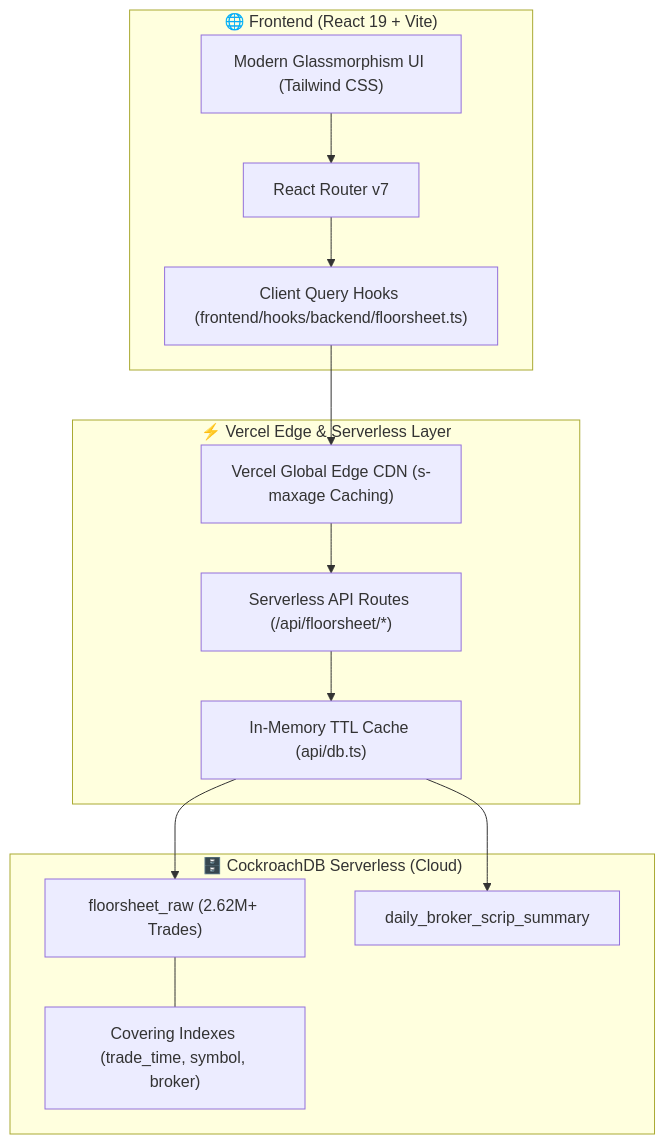
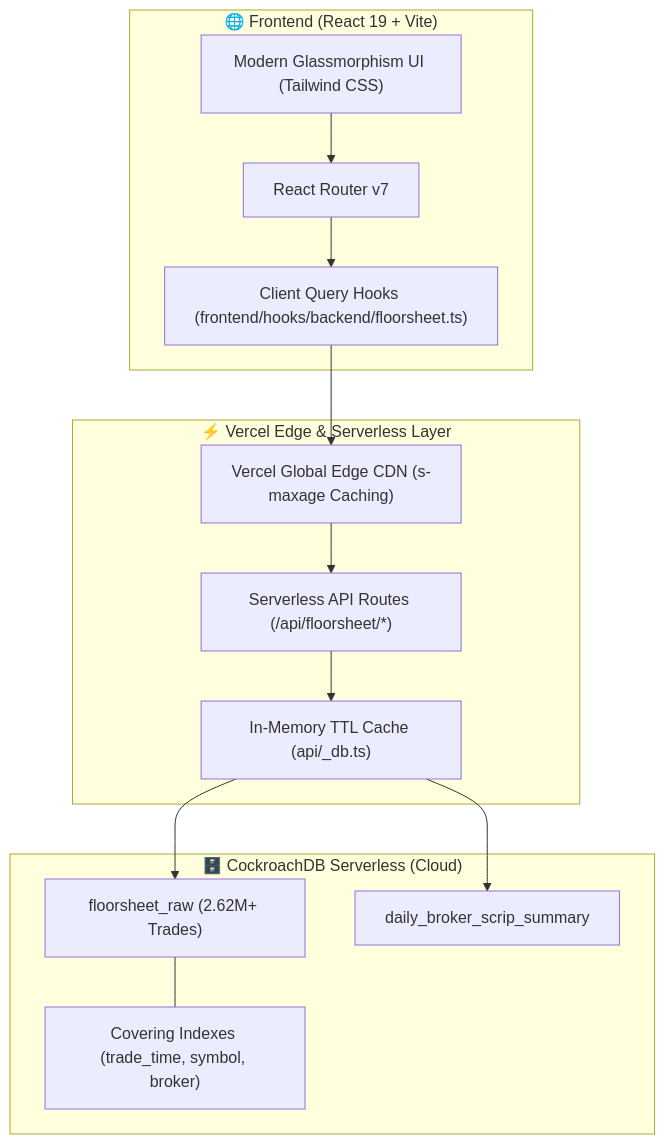
The diagram in README.md (DayaSah/Floorshet_Visual_By_retotal), drawn with Mermaid before and after one commit. The commit also changed other lines of this file, not shown here.

````diff
--- a/README.md
+++ b/README.md
@@ -9,25 +14,25 @@
 ```mermaid
 flowchart TD
     subgraph Client ["🌐 Frontend (React 19 + Vite)"]
         UI["Modern Glassmorphism UI (Tailwind CSS)"]
         Router["React Router v7"]
         Hooks["Client Query Hooks (frontend/hooks/backend/floorsheet.ts)"]
         UI --> Router --> Hooks
     end
 
     subgraph Edge ["⚡ Vercel Edge & Serverless Layer"]
         CDN["Vercel Global Edge CDN (s-maxage Caching)"]
         API["Serverless API Routes (/api/floorsheet/*)"]
-        MemCache["In-Memory TTL Cache (api/db.ts)"]
+        MemCache["In-Memory TTL Cache (api/_db.ts)"]
         Hooks --> CDN --> API --> MemCache
     end
 
     subgraph Storage ["🗄️ CockroachDB Serverless (Cloud)"]
         Raw["floorsheet_raw (2.62M+ Trades)"]
         Summary["daily_broker_scrip_summary"]
         Idx["Covering Indexes (trade_time, symbol, broker)"]
         MemCache --> Raw
         MemCache --> Summary
         Raw --- Idx
     end
 ```
````
